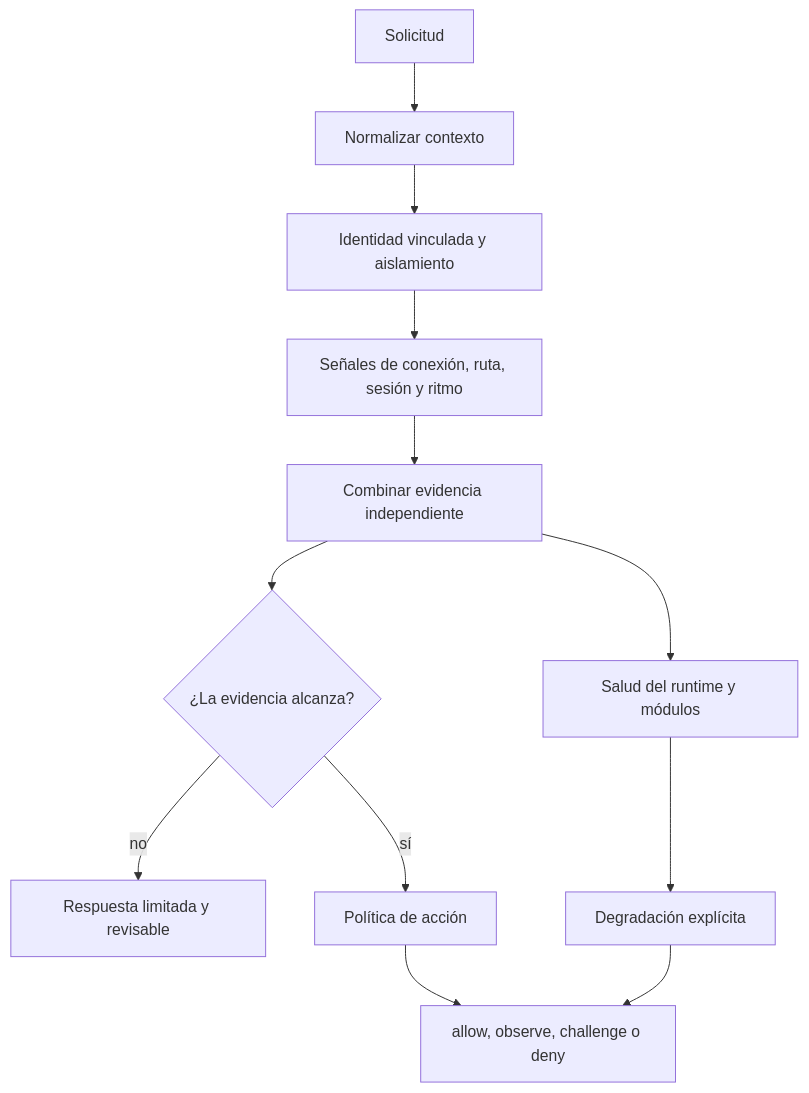
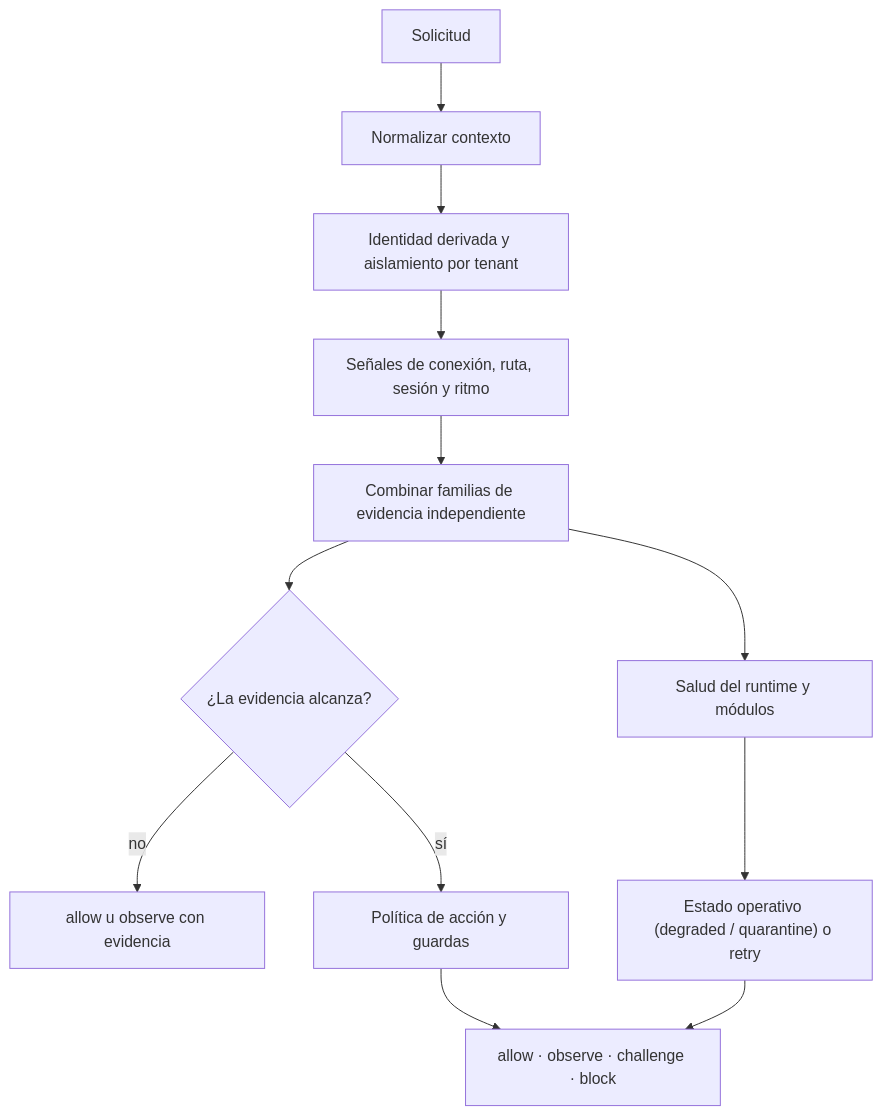
The second of 2 diagrams in docs/architecture.md (daniwxxx/abuseshield-docs), drawn with Mermaid before and after one commit. The commit also changed other lines of this file and 40 other files, not shown here.

````diff
--- a/docs/architecture.md
+++ b/docs/architecture.md
@@ -24,14 +24,14 @@
 ```mermaid
 flowchart TD
-    R[Solicitud] --> N[Normalizar contexto]
-    N --> I[Identidad vinculada y aislamiento]
-    I --> S[Señales de conexión, ruta, sesión y ritmo]
-    S --> G[Combinar evidencia independiente]
-    G --> Q{¿La evidencia alcanza?}
-    Q -->|no| L[Respuesta limitada y revisable]
-    Q -->|sí| B[Política de acción]
-    B --> X[allow, observe, challenge o deny]
-    G --> H[Salud del runtime y módulos]
-    H --> F[Degradación explícita]
+    R["Solicitud"] --> N["Normalizar contexto"]
+    N --> I["Identidad derivada y aislamiento por tenant"]
+    I --> S["Señales de conexión, ruta, sesión y ritmo"]
+    S --> G["Combinar familias de evidencia independiente"]
+    G --> Q{"¿La evidencia alcanza?"}
+    Q -->|no| L["allow u observe con evidencia"]
+    Q -->|sí| B["Política de acción y guardas"]
+    B --> X["allow · observe · challenge · block"]
+    G --> H["Salud del runtime y módulos"]
+    H --> F["Estado operativo (degraded / quarantine) o retry"]
     F --> X
 ```
````
